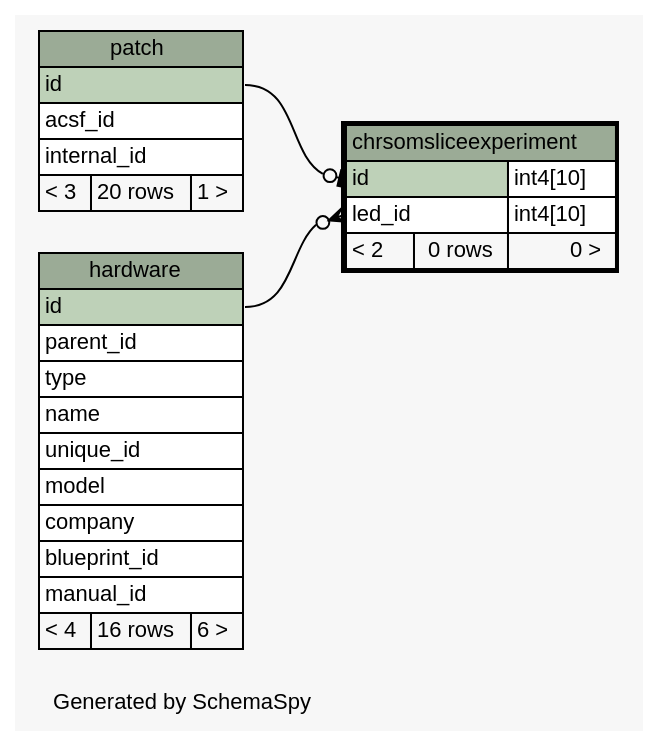
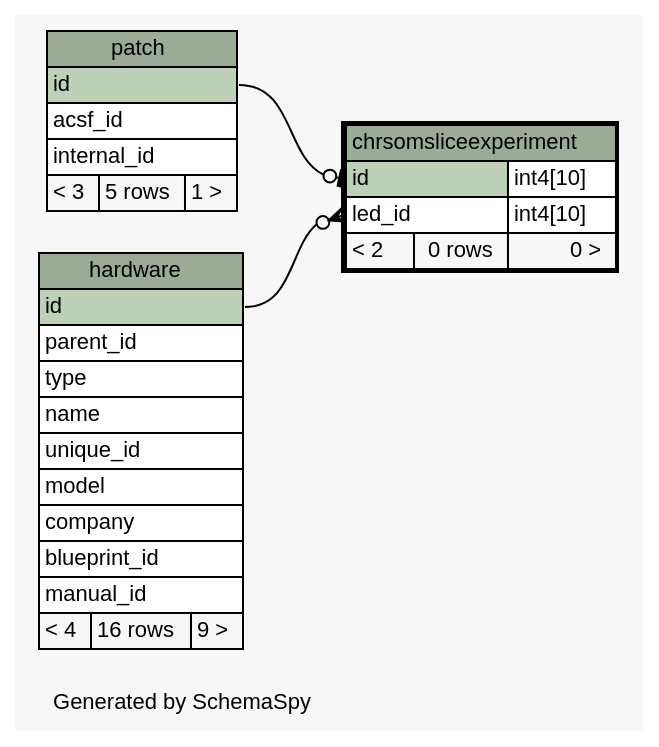
The diagram in database/ss/diagrams/chrsomsliceexperiment.1degree.dot (tgbugs/mlab), drawn with Graphviz before and after one commit. The commit also changed 221 other files, not shown here.

```diff
--- a/database/ss/diagrams/chrsomsliceexperiment.1degree.dot
+++ b/database/ss/diagrams/chrsomsliceexperiment.1degree.dot
@@ -1,65 +1,65 @@
 // dot 2.34.0 on Windows 7 6.1
 // SchemaSpy rev 590
 digraph "oneDegreeRelationshipsDiagram" {
   graph [
     rankdir="RL"
     bgcolor="#f7f7f7"
     label="\nGenerated by SchemaSpy"
     labeljust="l"
     nodesep="0.18"
     ranksep="0.46"
     fontname="Helvetica"
     fontsize="11"
   ];
   node [
     fontname="Helvetica"
     fontsize="11"
     shape="plaintext"
   ];
   edge [
     arrowsize="0.8"
   ];
   "chrsomsliceexperiment":"id":w -> "patch":"id":e [arrowhead=none dir=back arrowtail=teeodot];
   "chrsomsliceexperiment":"led_id":w -> "hardware":"id":e [arrowhead=none dir=back arrowtail=crowodot];
   "chrsomsliceexperiment" [
     label=<
     <TABLE BORDER="2" CELLBORDER="1" CELLSPACING="0" BGCOLOR="#ffffff">
       <TR><TD COLSPAN="3" BGCOLOR="#9bab96" ALIGN="CENTER">chrsomsliceexperiment</TD></TR>
       <TR><TD PORT="id" COLSPAN="2" BGCOLOR="#bed1b8" ALIGN="LEFT">id</TD><TD PORT="id.type" ALIGN="LEFT">int4[10]</TD></TR>
       <TR><TD PORT="led_id" COLSPAN="2" ALIGN="LEFT">led_id</TD><TD PORT="led_id.type" ALIGN="LEFT">int4[10]</TD></TR>
       <TR><TD ALIGN="LEFT" BGCOLOR="#f7f7f7">&lt; 2</TD><TD ALIGN="RIGHT" BGCOLOR="#f7f7f7">0 rows</TD><TD ALIGN="RIGHT" BGCOLOR="#f7f7f7">0 &gt;</TD></TR>
     </TABLE>>
     URL="chrsomsliceexperiment.html"
     tooltip="chrsomsliceexperiment"
   ];
   "hardware" [
     label=<
     <TABLE BORDER="0" CELLBORDER="1" CELLSPACING="0" BGCOLOR="#ffffff">
       <TR><TD COLSPAN="3" BGCOLOR="#9bab96" ALIGN="CENTER">hardware</TD></TR>
       <TR><TD PORT="id" COLSPAN="3" BGCOLOR="#bed1b8" ALIGN="LEFT">id</TD></TR>
       <TR><TD PORT="parent_id" COLSPAN="3" ALIGN="LEFT">parent_id</TD></TR>
       <TR><TD PORT="type" COLSPAN="3" ALIGN="LEFT">type</TD></TR>
       <TR><TD PORT="name" COLSPAN="3" ALIGN="LEFT">name</TD></TR>
       <TR><TD PORT="unique_id" COLSPAN="3" ALIGN="LEFT">unique_id</TD></TR>
       <TR><TD PORT="model" COLSPAN="3" ALIGN="LEFT">model</TD></TR>
       <TR><TD PORT="company" COLSPAN="3" ALIGN="LEFT">company</TD></TR>
       <TR><TD PORT="blueprint_id" COLSPAN="3" ALIGN="LEFT">blueprint_id</TD></TR>
       <TR><TD PORT="manual_id" COLSPAN="3" ALIGN="LEFT">manual_id</TD></TR>
-      <TR><TD ALIGN="LEFT" BGCOLOR="#f7f7f7">&lt; 4</TD><TD ALIGN="RIGHT" BGCOLOR="#f7f7f7">16 rows</TD><TD ALIGN="RIGHT" BGCOLOR="#f7f7f7">6 &gt;</TD></TR>
+      <TR><TD ALIGN="LEFT" BGCOLOR="#f7f7f7">&lt; 4</TD><TD ALIGN="RIGHT" BGCOLOR="#f7f7f7">16 rows</TD><TD ALIGN="RIGHT" BGCOLOR="#f7f7f7">9 &gt;</TD></TR>
     </TABLE>>
     URL="hardware.html"
     tooltip="hardware"
   ];
   "patch" [
     label=<
     <TABLE BORDER="0" CELLBORDER="1" CELLSPACING="0" BGCOLOR="#ffffff">
       <TR><TD COLSPAN="3" BGCOLOR="#9bab96" ALIGN="CENTER">patch</TD></TR>
       <TR><TD PORT="id" COLSPAN="3" BGCOLOR="#bed1b8" ALIGN="LEFT">id</TD></TR>
       <TR><TD PORT="acsf_id" COLSPAN="3" ALIGN="LEFT">acsf_id</TD></TR>
       <TR><TD PORT="internal_id" COLSPAN="3" ALIGN="LEFT">internal_id</TD></TR>
-      <TR><TD ALIGN="LEFT" BGCOLOR="#f7f7f7">&lt; 3</TD><TD ALIGN="RIGHT" BGCOLOR="#f7f7f7">20 rows</TD><TD ALIGN="RIGHT" BGCOLOR="#f7f7f7">1 &gt;</TD></TR>
+      <TR><TD ALIGN="LEFT" BGCOLOR="#f7f7f7">&lt; 3</TD><TD ALIGN="RIGHT" BGCOLOR="#f7f7f7">5 rows</TD><TD ALIGN="RIGHT" BGCOLOR="#f7f7f7">1 &gt;</TD></TR>
     </TABLE>>
     URL="patch.html"
     tooltip="patch"
   ];
 }
```
